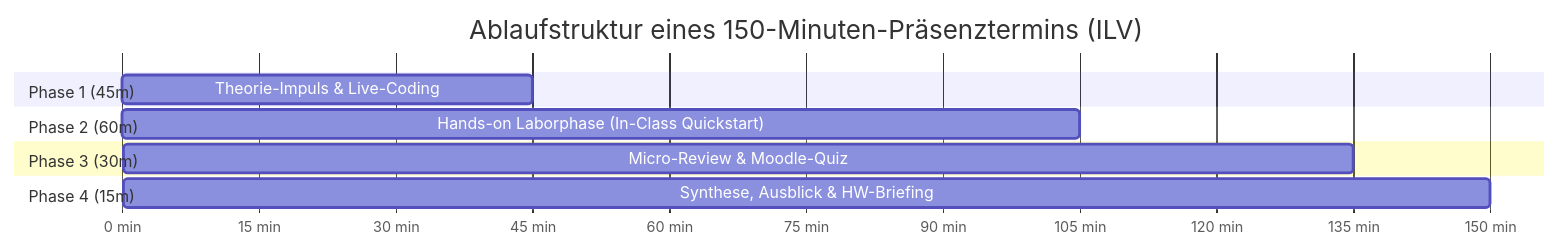
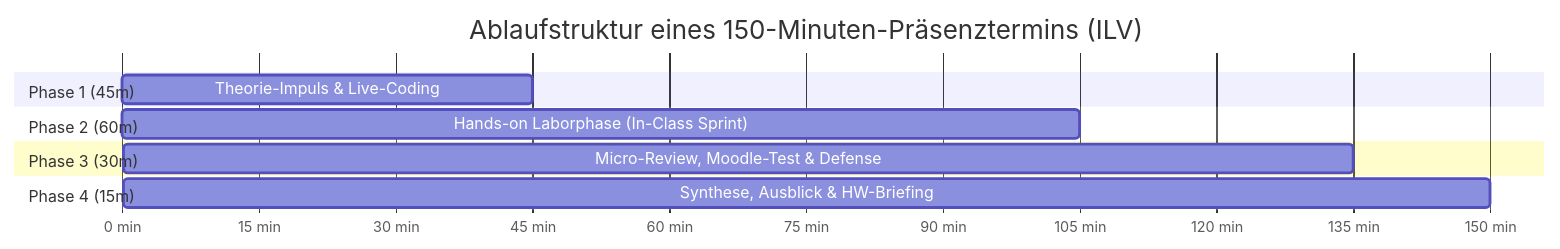
The first of 4 diagrams in Konzept/01_Lehrveranstaltungsstruktur_und_Syllabus.md (ghackenberg/kurs-computer-simulation), drawn with Mermaid before and after one commit. The commit also changed other lines of this file and 2 other files, not shown here.

````diff
--- a/Konzept/01_Lehrveranstaltungsstruktur_und_Syllabus.md
+++ b/Konzept/01_Lehrveranstaltungsstruktur_und_Syllabus.md
@@ -352,14 +521,14 @@
 ```mermaid
 gantt
     title Ablaufstruktur eines 150-Minuten-Präsenztermins (ILV)
     dateFormat X
     axisFormat %s min
     section Phase 1 (45m)
     Theorie-Impuls & Live-Coding : 0, 45
     section Phase 2 (60m)
-    Hands-on Laborphase (In-Class Quickstart) : 45, 105
+    Hands-on Laborphase (In-Class Sprint) : 45, 105
     section Phase 3 (30m)
-    Micro-Review & Moodle-Quiz : 105, 135
+    Micro-Review, Moodle-Test & Defense : 105, 135
     section Phase 4 (15m)
     Synthese, Ausblick & HW-Briefing : 135, 150
 ```
````
